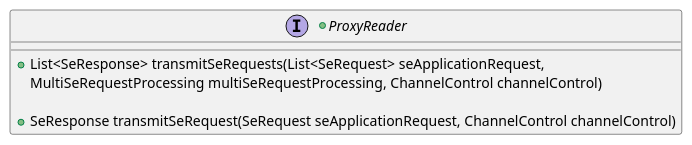
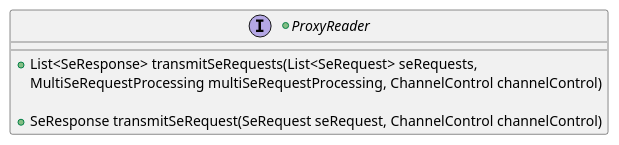
Before and after one commit to calypsonet/keyple: the second of 22 diagrams in src/KeypleCoreApi/PluginApi/puml/KeypleCore-PluginApi-ClassDiag-SE_Proxy-ClassElements.iuml, drawn with PlantUML. The commit also changed other lines of this file and 36 other files, not shown here.

```diff
--- a/src/KeypleCoreApi/PluginApi/puml/KeypleCore-PluginApi-ClassDiag-SE_Proxy-ClassElements.iuml
+++ b/src/KeypleCoreApi/PluginApi/puml/KeypleCore-PluginApi-ClassDiag-SE_Proxy-ClassElements.iuml
@@ -25,8 +25,8 @@
 @startuml(id=MESSAGE_PROXYREADER_0_9)
 +interface ProxyReader {
-  +List<SeResponse> transmitSeRequests(List<SeRequest> seApplicationRequest,
+  +List<SeResponse> transmitSeRequests(List<SeRequest> seRequests,
     MultiSeRequestProcessing multiSeRequestProcessing, ChannelControl channelControl)
 
-  +SeResponse transmitSeRequest(SeRequest seApplicationRequest, ChannelControl channelControl)
+  +SeResponse transmitSeRequest(SeRequest seRequest, ChannelControl channelControl)
 }
 @enduml
```
